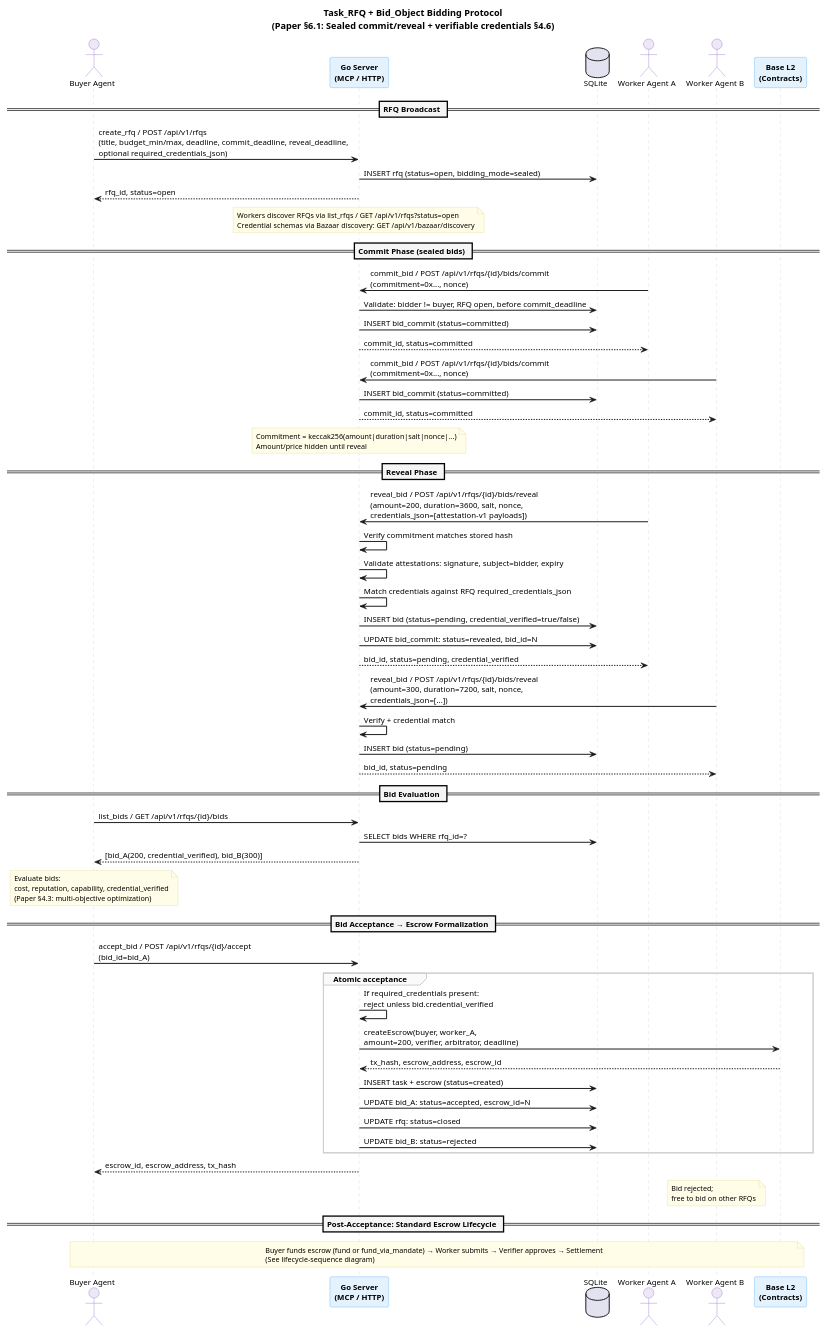
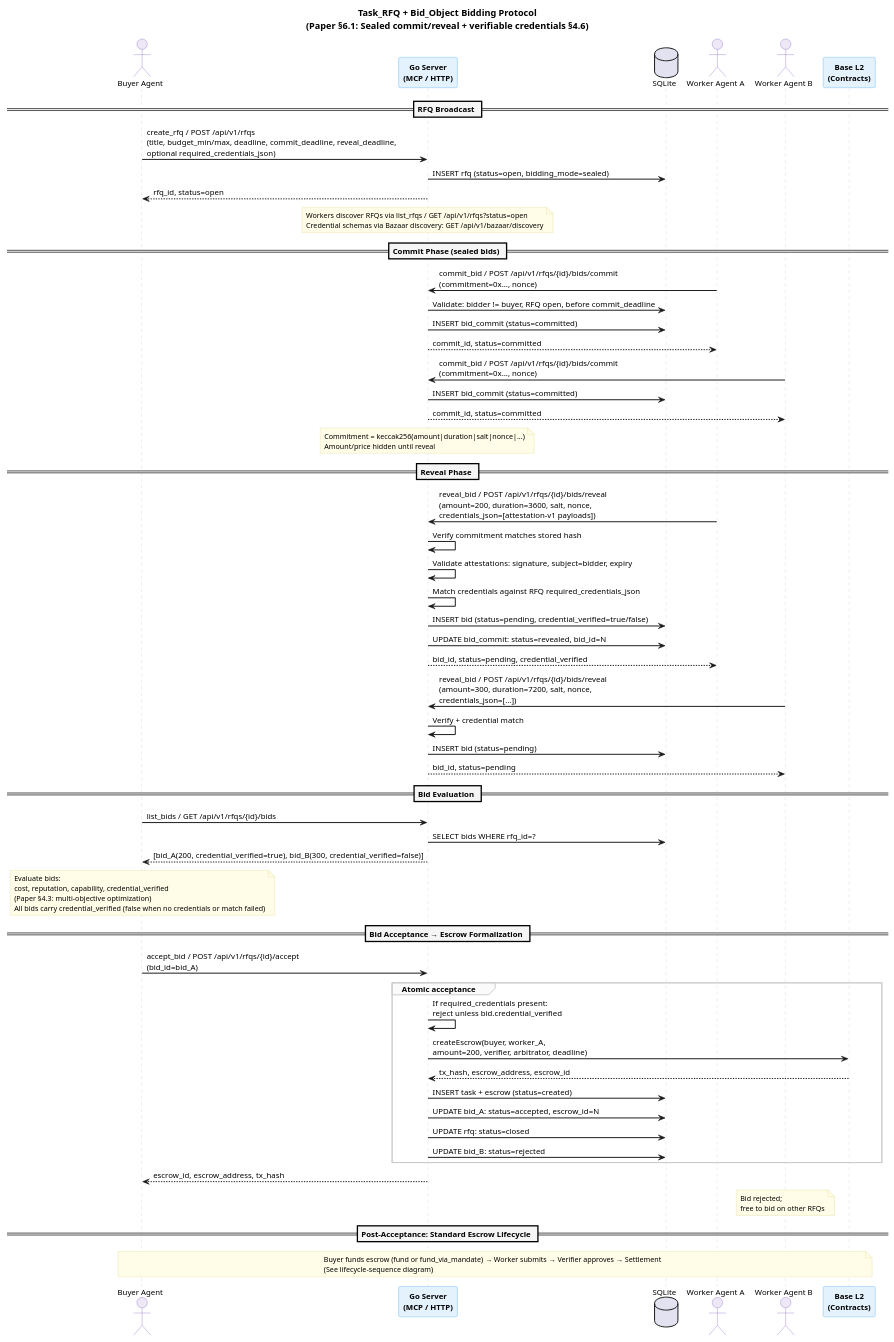
Before and after one commit to eddiefleurent/agent-escrow: the diagram in docs/diagrams/bidding-sequence.puml, drawn with PlantUML. The commit also changed 6 other files, not shown here.

```diff
--- a/docs/diagrams/bidding-sequence.puml
+++ b/docs/diagrams/bidding-sequence.puml
@@ -1,106 +1,106 @@
 @startuml bidding-sequence
 skinparam backgroundColor #FFFFFF
 skinparam defaultFontName "Helvetica"
 skinparam defaultFontSize 12
 skinparam shadowing false
 skinparam sequenceArrowThickness 1.5
 skinparam sequenceLifeLineBorderColor #CCCCCC
 skinparam sequenceDividerBackgroundColor #F5F5F5
 skinparam sequenceDividerFontStyle bold
 skinparam sequenceGroupBackgroundColor #FAFAFA
 skinparam sequenceGroupBorderColor #CCCCCC
 
 skinparam participant {
   BorderColor #42A5F5
   BackgroundColor #E3F2FD
   FontStyle bold
 }
 
 skinparam actor {
   BorderColor #7E57C2
   BackgroundColor #EDE7F6
 }
 
 skinparam note {
   BackgroundColor #FFFDE7
   BorderColor #E0D68A
   FontSize 11
 }
 
 title Task_RFQ + Bid_Object Bidding Protocol\n(Paper §6.1: Sealed commit/reveal + verifiable credentials §4.6)
 
 actor "Buyer Agent" as Buyer
 participant "Go Server\n(MCP / HTTP)" as Server
 database "SQLite" as DB
 actor "Worker Agent A" as WorkerA
 actor "Worker Agent B" as WorkerB
 participant "Base L2\n(Contracts)" as Chain
 
 == RFQ Broadcast ==
 
 Buyer -> Server : create_rfq / POST /api/v1/rfqs\n(title, budget_min/max, deadline, commit_deadline, reveal_deadline,\noptional required_credentials_json)
 Server -> DB : INSERT rfq (status=open, bidding_mode=sealed)
 Server --> Buyer : rfq_id, status=open
 
 note over Server : Workers discover RFQs via list_rfqs / GET /api/v1/rfqs?status=open\nCredential schemas via Bazaar discovery: GET /api/v1/bazaar/discovery
 
 == Commit Phase (sealed bids) ==
 
 WorkerA -> Server : commit_bid / POST /api/v1/rfqs/{id}/bids/commit\n(commitment=0x..., nonce)
 Server -> DB : Validate: bidder != buyer, RFQ open, before commit_deadline
 Server -> DB : INSERT bid_commit (status=committed)
 Server --> WorkerA : commit_id, status=committed
 
 WorkerB -> Server : commit_bid / POST /api/v1/rfqs/{id}/bids/commit\n(commitment=0x..., nonce)
 Server -> DB : INSERT bid_commit (status=committed)
 Server --> WorkerB : commit_id, status=committed
 
 note over Server : Commitment = keccak256(amount|duration|salt|nonce|...)\nAmount/price hidden until reveal
 
 == Reveal Phase ==
 
 WorkerA -> Server : reveal_bid / POST /api/v1/rfqs/{id}/bids/reveal\n(amount=200, duration=3600, salt, nonce,\ncredentials_json=[attestation-v1 payloads])
 Server -> Server : Verify commitment matches stored hash
 Server -> Server : Validate attestations: signature, subject=bidder, expiry
 Server -> Server : Match credentials against RFQ required_credentials_json
 Server -> DB : INSERT bid (status=pending, credential_verified=true/false)
 Server -> DB : UPDATE bid_commit: status=revealed, bid_id=N
 Server --> WorkerA : bid_id, status=pending, credential_verified
 
 WorkerB -> Server : reveal_bid / POST /api/v1/rfqs/{id}/bids/reveal\n(amount=300, duration=7200, salt, nonce,\ncredentials_json=[...])
 Server -> Server : Verify + credential match
 Server -> DB : INSERT bid (status=pending)
 Server --> WorkerB : bid_id, status=pending
 
 == Bid Evaluation ==
 
 Buyer -> Server : list_bids / GET /api/v1/rfqs/{id}/bids
 Server -> DB : SELECT bids WHERE rfq_id=?
-Server --> Buyer : [bid_A(200, credential_verified), bid_B(300)]
+Server --> Buyer : [bid_A(200, credential_verified=true), bid_B(300, credential_verified=false)]
 
-note over Buyer : Evaluate bids:\ncost, reputation, capability, credential_verified\n(Paper §4.3: multi-objective optimization)
+note over Buyer : Evaluate bids:\ncost, reputation, capability, credential_verified\n(Paper §4.3: multi-objective optimization)\nAll bids carry credential_verified (false when no credentials or match failed)
 
 == Bid Acceptance → Escrow Formalization ==
 
 Buyer -> Server : accept_bid / POST /api/v1/rfqs/{id}/accept\n(bid_id=bid_A)
 
 group Atomic acceptance
   Server -> Server : If required_credentials present:\nreject unless bid.credential_verified
   Server -> Chain : createEscrow(buyer, worker_A,\namount=200, verifier, arbitrator, deadline)
   Chain --> Server : tx_hash, escrow_address, escrow_id
 
   Server -> DB : INSERT task + escrow (status=created)
   Server -> DB : UPDATE bid_A: status=accepted, escrow_id=N
   Server -> DB : UPDATE rfq: status=closed
   Server -> DB : UPDATE bid_B: status=rejected
 end
 
 Server --> Buyer : escrow_id, escrow_address, tx_hash
 
 note over WorkerB : Bid rejected;\nfree to bid on other RFQs
 
 == Post-Acceptance: Standard Escrow Lifecycle ==
 
 note over Buyer, Chain : Buyer funds escrow (fund or fund_via_mandate) → Worker submits → Verifier approves → Settlement\n(See lifecycle-sequence diagram)
 
 @enduml
```
